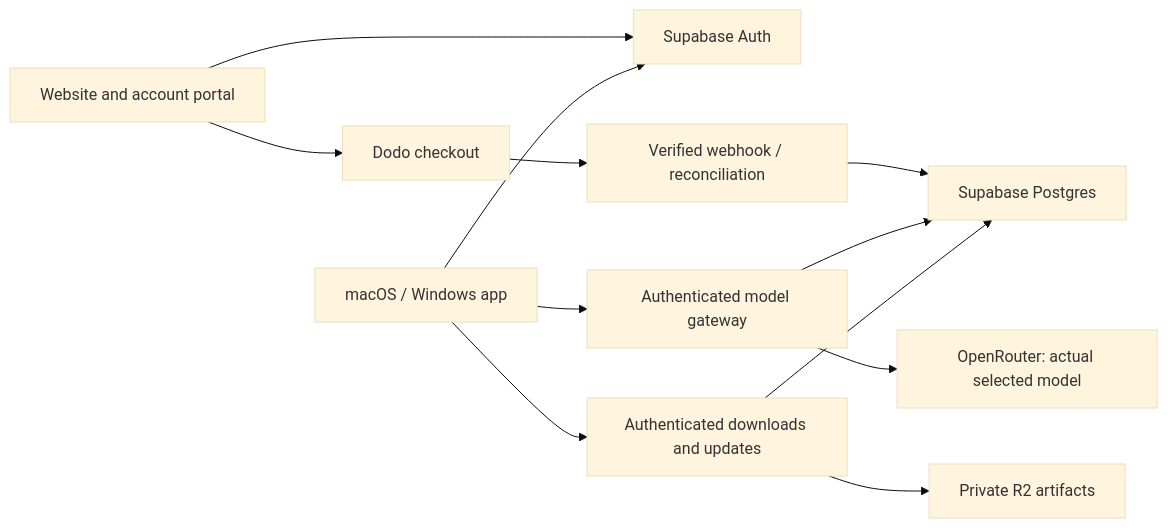
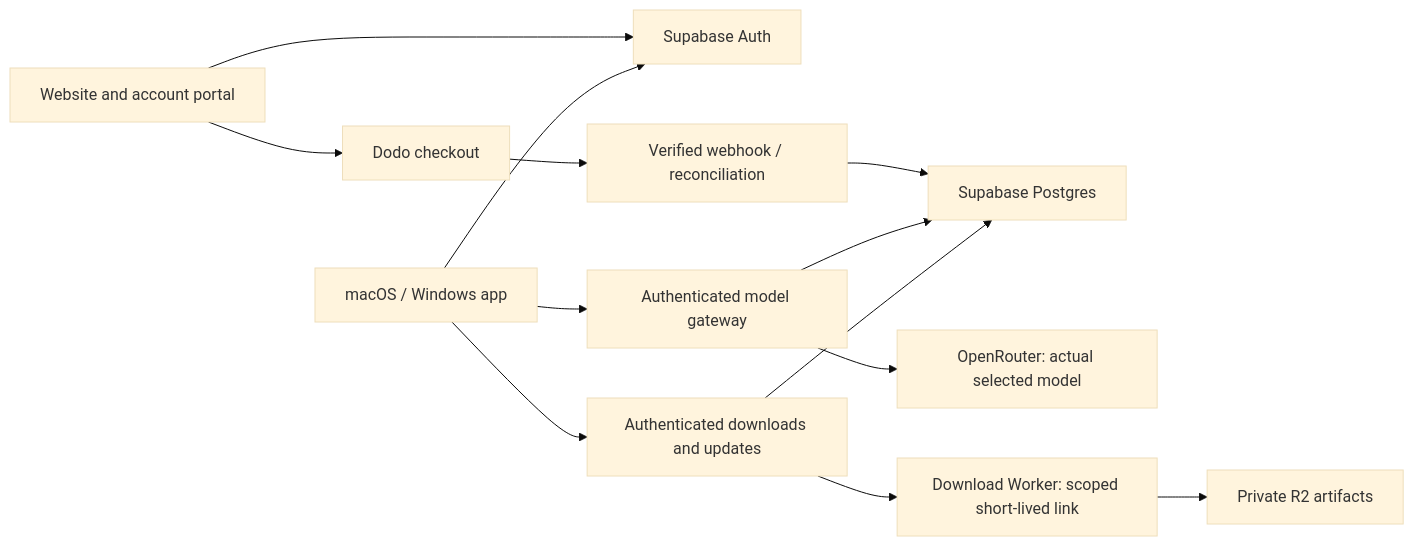
The diagram in IMPLEMENTATION_PLAN.md (raj199108/unlimited-code), drawn with Mermaid (base theme) before and after one commit. The commit also changed other lines of this file and 9 other files, not shown here.

````diff
--- a/IMPLEMENTATION_PLAN.md
+++ b/IMPLEMENTATION_PLAN.md
@@ -7,14 +7,15 @@
 ```mermaid
 flowchart LR
   W[Website and account portal] --> A[Supabase Auth]
   D[macOS / Windows app] --> A
   W --> B[Dodo checkout]
   B --> H[Verified webhook / reconciliation]
   H --> P[Supabase Postgres]
   D --> G[Authenticated model gateway]
   G --> P
   G --> O[OpenRouter: actual selected model]
   D --> R[Authenticated downloads and updates]
   R --> P
-  R --> S[Private R2 artifacts]
+  R --> WKR[Download Worker: scoped short-lived link]
+  WKR --> S[Private R2 artifacts]
 ```
````
